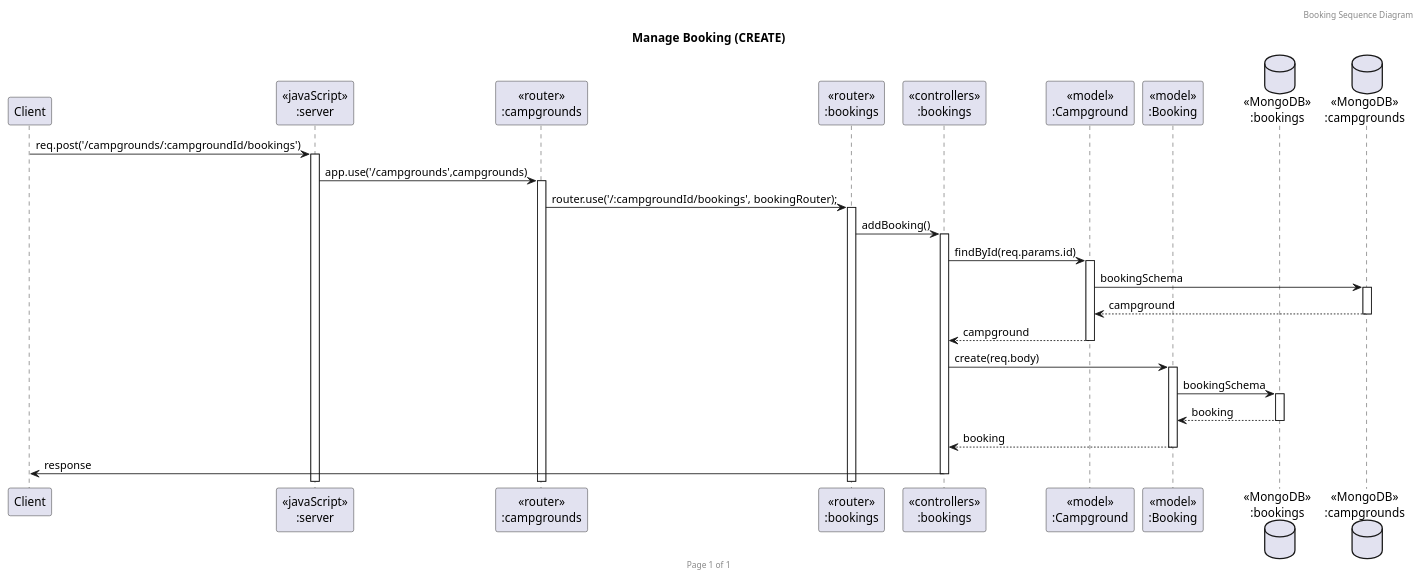
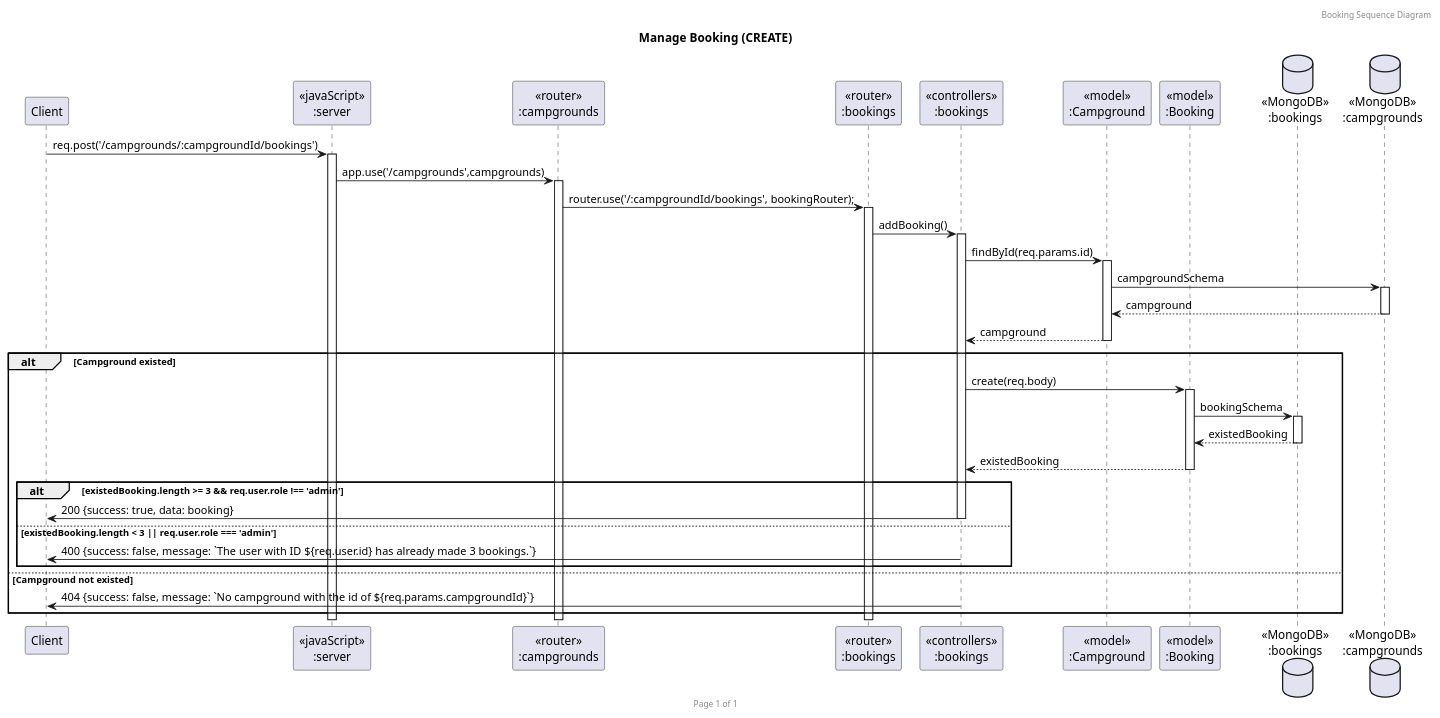
Before and after one commit to 2110503TACEDT66/presentation-day-1-i-am-the-bone-of-my-sources: the diagram in presentation/Sequence_Diagram/Bookings/SequenceDiagram(CREATE New Booking).puml, drawn with PlantUML. The commit also changed 9 other files, not shown here.

Commit message:
Edit Bookings sequence diagram (Add Alt method)

```diff
--- a/presentation/Sequence_Diagram/Bookings/SequenceDiagram(CREATE New Booking).puml
+++ b/presentation/Sequence_Diagram/Bookings/SequenceDiagram(CREATE New Booking).puml
@@ -1,31 +1,38 @@
 @startuml Manage Booking (CREATE)
 
 header Booking Sequence Diagram
 footer Page %page% of %lastpage%
 title "Manage Booking (CREATE)"
 
 participant "Client" as client
 participant "<<javaScript>>\n:server" as server
 participant "<<router>>\n:campgrounds" as routerCampgrounds
 participant "<<router>>\n:bookings" as routerBookings
 participant "<<controllers>>\n:bookings" as controllersBookings
 participant "<<model>>\n:Campground" as modelCampground
 participant "<<model>>\n:Booking" as modelBooking
 database "<<MongoDB>>\n:bookings" as BookingsDatabase
 database "<<MongoDB>>\n:campgrounds" as CampgroundsDatabase
 
 client->server ++:req.post('/campgrounds/:campgroundId/bookings')
 server->routerCampgrounds ++:app.use('/campgrounds',campgrounds)
 routerCampgrounds->routerBookings ++:router.use('/:campgroundId/bookings', bookingRouter);
 routerBookings -> controllersBookings ++:addBooking()
 controllersBookings->modelCampground ++:findById(req.params.id)
-modelCampground ->CampgroundsDatabase ++: bookingSchema
+modelCampground ->CampgroundsDatabase ++: campgroundSchema
 CampgroundsDatabase --> modelCampground --: campground
 controllersBookings <-- modelCampground --:campground
-controllersBookings->modelBooking ++:create(req.body)
-modelBooking ->BookingsDatabase ++: bookingSchema
-BookingsDatabase --> modelBooking --: booking
-controllersBookings <-- modelBooking --:booking
-controllersBookings->client --:response
-
+alt Campground existed
+    controllersBookings->modelBooking ++:create(req.body)
+    modelBooking ->BookingsDatabase ++: bookingSchema
+    BookingsDatabase --> modelBooking --: existedBooking
+    controllersBookings <-- modelBooking --: existedBooking
+    alt existedBooking.length >= 3 && req.user.role !== 'admin'
+        controllersBookings->client --:200 {success: true, data: booking}
+    else existedBooking.length < 3 || req.user.role === 'admin'
+        controllersBookings->client --:400 {success: false, message: `The user with ID ${req.user.id} has already made 3 bookings.`}
+    end
+else Campground not existed
+    controllersBookings->client --:404 {success: false, message: `No campground with the id of ${req.params.campgroundId}`}
+end
 @enduml
```
